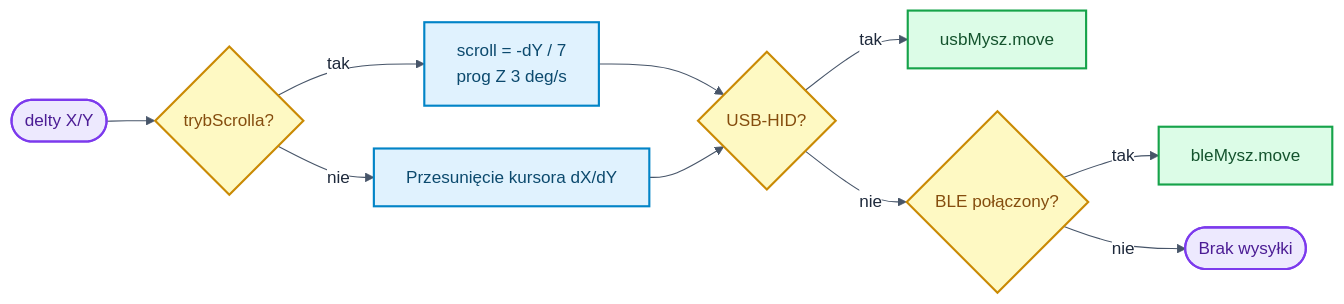
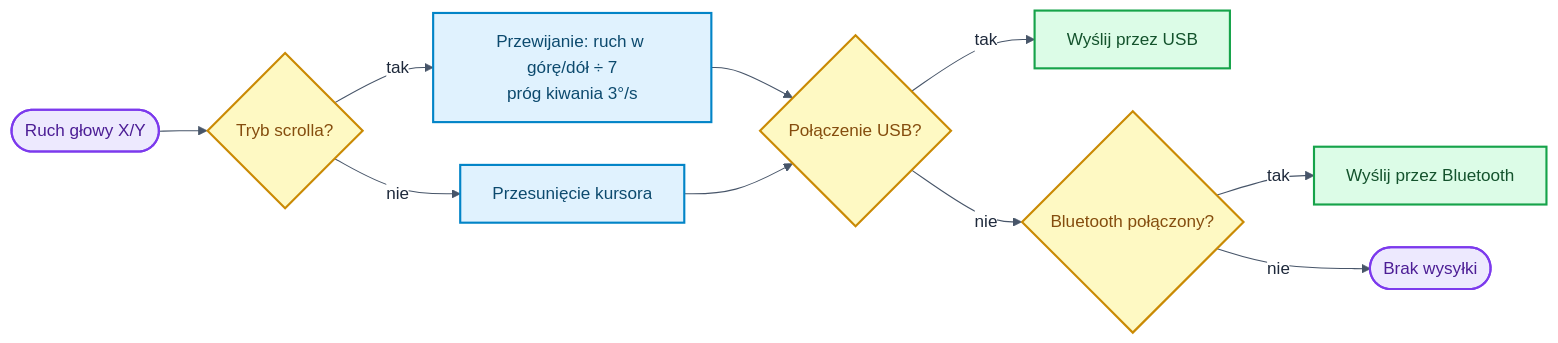
One commit to bartkadres-ai/HEFAS-4.0 changed the tenth of 10 diagrams in README.md. Above: the diagram before and after it, drawn with Mermaid. The commit also changed other lines of this file, not shown here.

````diff
--- a/README.md
+++ b/README.md
@@ -648,22 +648,22 @@
 ```mermaid
-%%{init: {'theme':'base','themeVariables':{'background':'#ffffff','mainBkg':'#ffffff','primaryColor':'#ffffff','primaryTextColor':'#1e293b','primaryBorderColor':'#64748b','lineColor':'#475569','edgeLabelBackground':'#ffffff'},'flowchart':{'curve':'basis','nodeSpacing':40,'rankSpacing':45}}}%%
+%%{init: {"theme":"base","themeVariables":{"background":"#ffffff","mainBkg":"#ffffff","secondaryColor":"#ffffff","tertiaryColor":"#ffffff","primaryColor":"#ffffff","primaryTextColor":"#1e293b","secondaryTextColor":"#1e293b","tertiaryTextColor":"#1e293b","primaryBorderColor":"#64748b","lineColor":"#475569","clusterBkg":"#f8fafc","clusterBorder":"#cbd5e1","edgeLabelBackground":"#ffffff","textColor":"#1e293b"},"themeCSS":".mermaid,.mermaid svg{background-color:#ffffff!important;padding:8px}.nodeLabel,.edgeLabel,.label,.cluster-label{color:#1e293b!important}.cluster rect{fill:#f8fafc!important;stroke:#cbd5e1!important}","flowchart":{"curve":"basis","nodeSpacing":40,"rankSpacing":45}}}%%
 flowchart LR
-    R([delty X/Y]) --> SC{trybScrolla?}
-    SC -->|tak| WH["scroll = -dY / 7<br/>prog Z 3 deg/s"]
-    SC -->|nie| MV[Przesunięcie kursora dX/dY]
-    WH --> CH{USB-HID?}
+    R([Ruch głowy X/Y]) --> SC{Tryb scrolla?}
+    SC -->|tak| WH["Przewijanie: ruch w górę/dół ÷ 7<br/>próg kiwania 3°/s"]
+    SC -->|nie| MV[Przesunięcie kursora]
+    WH --> CH{Połączenie USB?}
     MV --> CH
-    CH -->|tak| UM[usbMysz.move]
-    CH -->|nie| BM{BLE połączony?}
-    BM -->|tak| BL[bleMysz.move]
+    CH -->|tak| UM[Wyślij przez USB]
+    CH -->|nie| BM{Bluetooth połączony?}
+    BM -->|tak| BL[Wyślij przez Bluetooth]
     BM -->|nie| X([Brak wysyłki])
 
     classDef startEnd fill:#ede9fe,stroke:#7c3aed,stroke-width:2px,color:#4c1d95
     classDef process fill:#e0f2fe,stroke:#0284c7,stroke-width:2px,color:#0c4a6e
     classDef decision fill:#fef9c3,stroke:#ca8a04,stroke-width:2px,color:#854d0e
     classDef io fill:#dcfce7,stroke:#16a34a,stroke-width:2px,color:#14532d
     class R,X startEnd
     class WH,MV process
     class SC,CH,BM decision
     class UM,BL io
 ```
````
